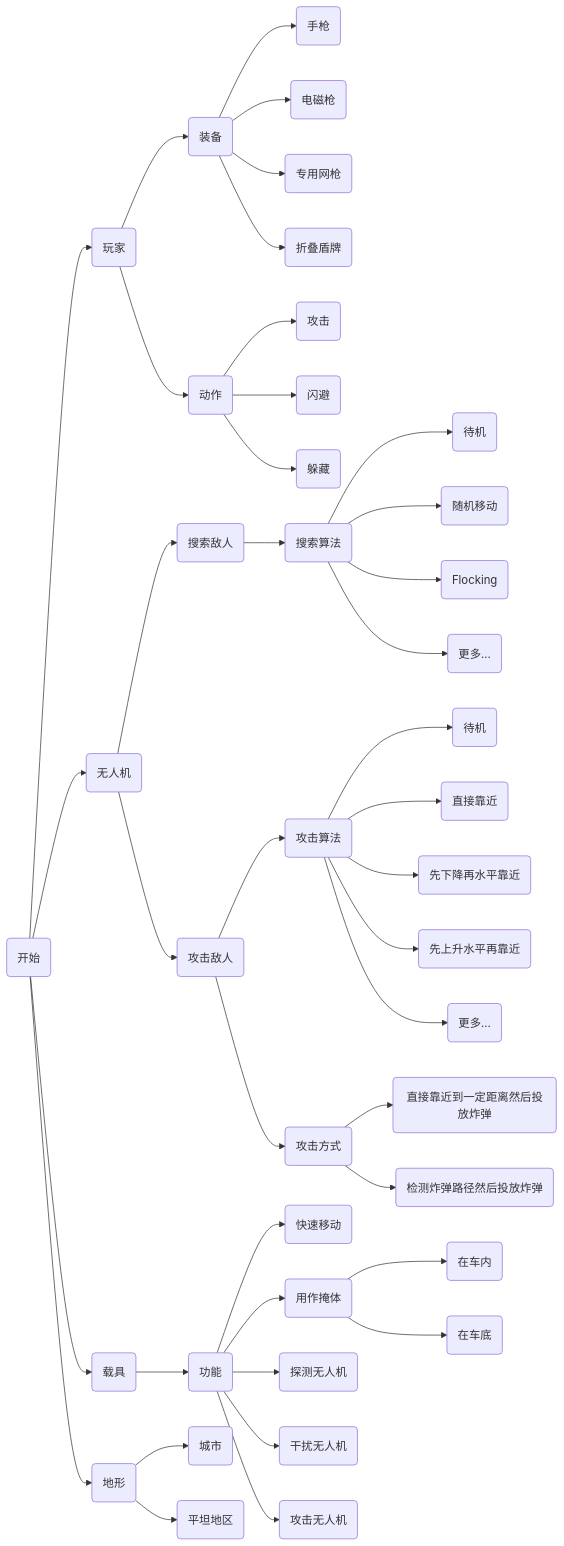
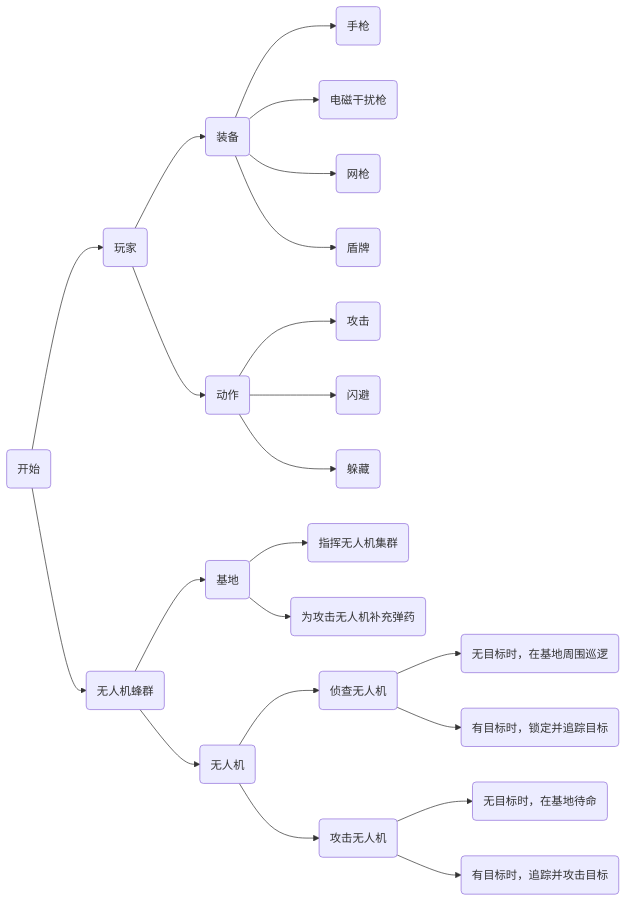
The first of 2 diagrams in Note.md (hby-star/AntiDroneSimulator), drawn with Mermaid before and after one commit. The commit also changed other lines of this file and 1 other file, not shown here.

Commit message:
docs: update Note & README

````diff
--- a/Note.md
+++ b/Note.md
@@ -5,77 +5,47 @@
 ```mermaid
 flowchart LR
 	Start(开始)
 	Start --> Player
-	Start --> Drone
-	Start --> Vehicle
-	Start --> Terrain
+	Start --> Swarm
 	
 	Player(玩家)
 	Player --> Equipment
 	Player --> Action
 	
-	Drone(无人机)
+	Swarm(无人机蜂群)
+	Swarm --> SwarmBase(基地)
+	Swarm --> Drone(无人机)
 	Drone --> Serach
 	Drone --> Attack
 	
-	Vehicle(载具)
-	Vehicle --> Function
-
-	Terrain(地形)
-	Terrain --> City
-	Terrain --> Flat
-
 	Equipment(装备)
 	GeneralGun(手枪)
-	EMPGun(电磁枪)
-	SkyWallGun(专用网枪)
-	Shield(折叠盾牌)	
+	EMPGun(电磁干扰枪)
+	SkyWallGun(网枪)
+	Shield(盾牌)	
 	Equipment --> GeneralGun
 	Equipment --> EMPGun
 	Equipment --> SkyWallGun
 	Equipment --> Shield
 	
 	Action(动作)
 	PlayerAttack(攻击)
 	PlayerEvade(闪避)
 	PlayerHide(躲藏)
 	Action --> PlayerAttack
 	Action --> PlayerEvade
 	Action --> PlayerHide
 	
-	Serach(搜索敌人)
-	Serach --> SerachAlg(搜索算法)
-	SerachAlg --> Stay(待机)
-	SerachAlg --> RandomMove(随机移动)
-	SerachAlg --> Flocking(Flocking)
-	SerachAlg --> More1(更多...)
+	SwarmBase --> Command(指挥无人机集群)
+	SwarmBase --> Supply(为攻击无人机补充弹药)
 	
-	Attack(攻击敌人)
-	Attack --> AttackAlg(攻击算法)
-	Attack --> AttackMethod(攻击方式)
-	AttackAlg --> stay(待机)
-	AttackAlg --> forward(直接靠近)
-	AttackAlg --> downAndForward(先下降再水平靠近)
-	AttackAlg --> upAndForward(先上升水平再靠近)
-	AttackAlg --> More(更多...)
-	AttackMethod --> hit(直接靠近到一定距离然后投放炸弹)
-	AttackMethod --> bomb(检测炸弹路径然后投放炸弹)
+	Serach(侦查无人机)
+	Serach --> SerachAlg1(无目标时，在基地周围巡逻)
+	Serach --> SerachAlg2(有目标时，锁定并追踪目标)
 	
-	Function(功能)
-	ForMove(快速移动)
-	ForHide(用作掩体)
-	ForSerach(探测无人机)
-	ForDisturb(干扰无人机)
-	ForAttack(攻击无人机)
-	Function --> ForMove
-	Function --> ForHide
-	Function --> ForSerach
-	Function --> ForDisturb
-	Function --> ForAttack
-	ForHide --> InCar(在车内)
-	ForHide --> BehindCar(在车底)
-	
-	City(城市)
-	Flat(平坦地区)
+	Attack(攻击无人机)
+	Attack --> AttackAlg1(无目标时，在基地待命)
+	Attack --> AttackAlg2(有目标时，追踪并攻击目标)
+
 		
 ```
````
